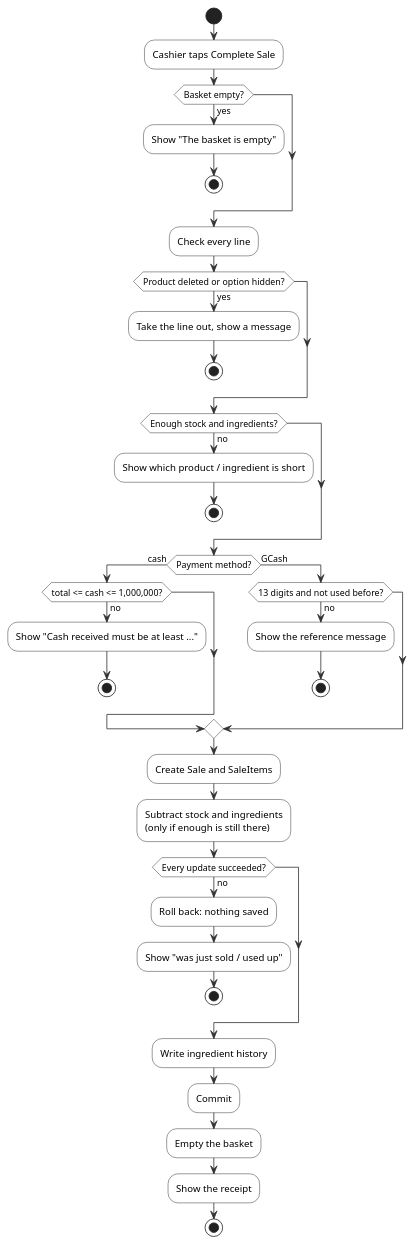
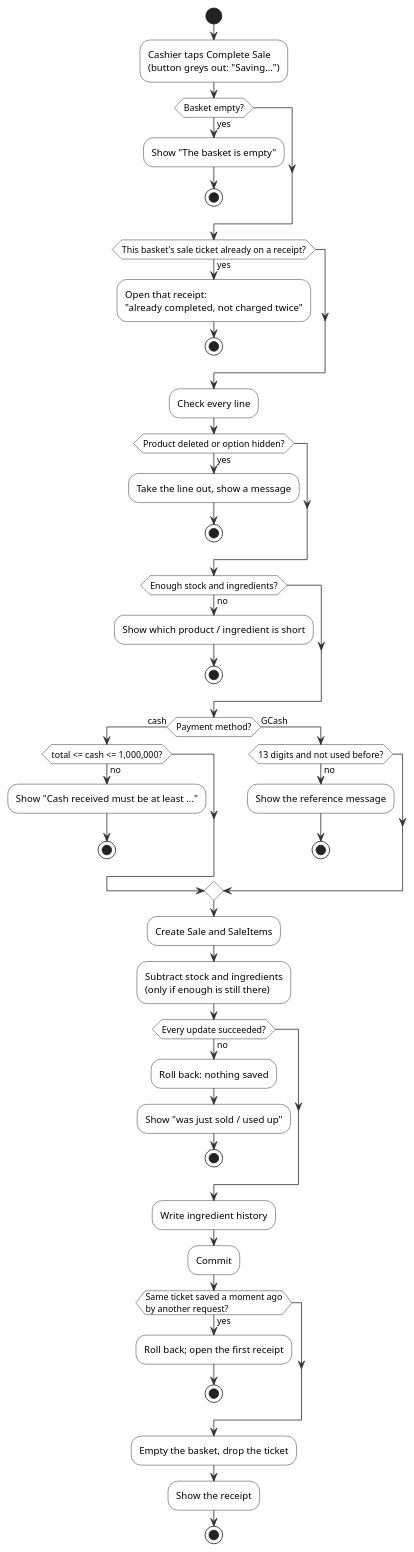
Before and after one commit to JmlAsync/inventory-pos-system: the diagram in diagrams/uml/22_activity_complete_sale.puml, drawn with PlantUML. The commit also changed 79 other files, not shown here.

First line of the commit message:
Docs: diagrams redrawn for v0.20.4

```diff
--- a/diagrams/uml/22_activity_complete_sale.puml
+++ b/diagrams/uml/22_activity_complete_sale.puml
@@ -1,80 +1,88 @@
 @startuml
-' Activity model: complete a sale - Inventory & POS System v0.18.2 (report, Lecture 5)
+' Activity model: complete a sale - Inventory & POS System v0.20.4 (report, Lecture 5; redrawn 2026-10-12)
 ' Edit: paste into draw.io (Arrange > Insert > Advanced > PlantUML) or planttext.com
 skinparam defaultFontName Arial
 skinparam shadowing false
 skinparam ArrowColor #333333
 skinparam rectangle {
   BackgroundColor White
   BorderColor Black
 }
 skinparam usecase {
   BackgroundColor White
   BorderColor Black
 }
 skinparam class {
   BackgroundColor White
   BorderColor Black
   HeaderBackgroundColor #E6F1EE
 }
 skinparam activity {
   BackgroundColor White
   BorderColor Black
 }
 skinparam state {
   BackgroundColor White
   BorderColor Black
 }
 skinparam sequence {
   ParticipantBackgroundColor White
   ParticipantBorderColor Black
   LifeLineBorderColor #888888
   ActorBorderColor Black
   ActorBackgroundColor White
 }
 skinparam note {
   BackgroundColor #FFFBEA
   BorderColor #C9B458
 }
 skinparam swimlaneWidth same
 hide circle
 
 start
-:Cashier taps Complete Sale;
+:Cashier taps Complete Sale\n(button greys out: "Saving...");
 if (Basket empty?) then (yes)
   :Show "The basket is empty";
+  stop
+endif
+if (This basket's sale ticket already on a receipt?) then (yes)
+  :Open that receipt:\n"already completed, not charged twice";
   stop
 endif
 :Check every line;
 if (Product deleted or option hidden?) then (yes)
   :Take the line out, show a message;
   stop
 endif
 if (Enough stock and ingredients?) then (no)
   :Show which product / ingredient is short;
   stop
 endif
 if (Payment method?) then (cash)
   if (total <= cash <= 1,000,000?) then (no)
     :Show "Cash received must be at least ...";
     stop
   endif
 else (GCash)
   if (13 digits and not used before?) then (no)
     :Show the reference message;
     stop
   endif
 endif
 :Create Sale and SaleItems;
 :Subtract stock and ingredients\n(only if enough is still there);
 if (Every update succeeded?) then (no)
   :Roll back: nothing saved;
   :Show "was just sold / used up";
   stop
 endif
 :Write ingredient history;
 :Commit;
-:Empty the basket;
+if (Same ticket saved a moment ago\nby another request?) then (yes)
+  :Roll back; open the first receipt;
+  stop
+endif
+:Empty the basket, drop the ticket;
 :Show the receipt;
 stop
 @enduml
```
